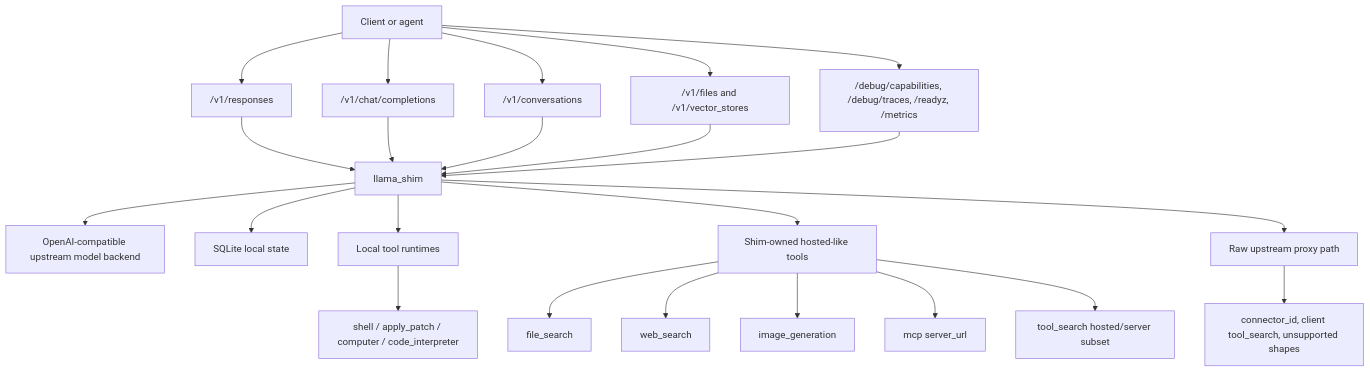
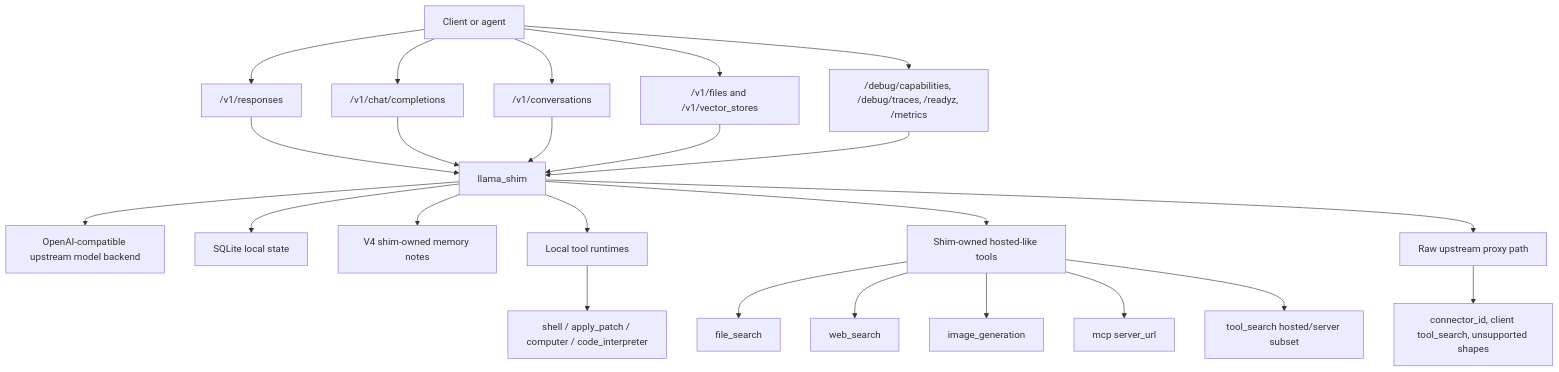
Before and after one commit to avelrl/llama_shim: the third of 25 diagrams in docs/engineering/openai-api-choreography-atlas.md, drawn with Mermaid. The commit also changed other lines of this file and 27 other files, not shown here.

````diff
--- a/docs/engineering/openai-api-choreography-atlas.md
+++ b/docs/engineering/openai-api-choreography-atlas.md
@@ -105,37 +106,39 @@
 ```mermaid
 flowchart TB
   client["Client or agent"]
   shim["llama_shim"]
   upstream["OpenAI-compatible upstream model backend"]
   store["SQLite local state"]
+  memory["V4 shim-owned memory notes"]
   localTools["Local tool runtimes"]
   hostedLike["Shim-owned hosted-like tools"]
   proxy["Raw upstream proxy path"]
 
   client --> responses["/v1/responses"]
   client --> chat["/v1/chat/completions"]
   client --> conversations["/v1/conversations"]
   client --> files["/v1/files and /v1/vector_stores"]
   client --> ops["/debug/capabilities, /debug/traces, /readyz, /metrics"]
 
   responses --> shim
   chat --> shim
   conversations --> shim
   files --> shim
   ops --> shim
 
   shim --> store
+  shim --> memory
   shim --> upstream
   shim --> localTools
   shim --> hostedLike
   shim --> proxy
 
   localTools --> shell["shell / apply_patch / computer / code_interpreter"]
   hostedLike --> rag["file_search"]
   hostedLike --> web["web_search"]
   hostedLike --> image["image_generation"]
   hostedLike --> mcp["mcp server_url"]
   hostedLike --> toolSearch["tool_search hosted/server subset"]
 
   proxy --> upstreamOnly["connector_id, client tool_search, unsupported shapes"]
 ```
````
